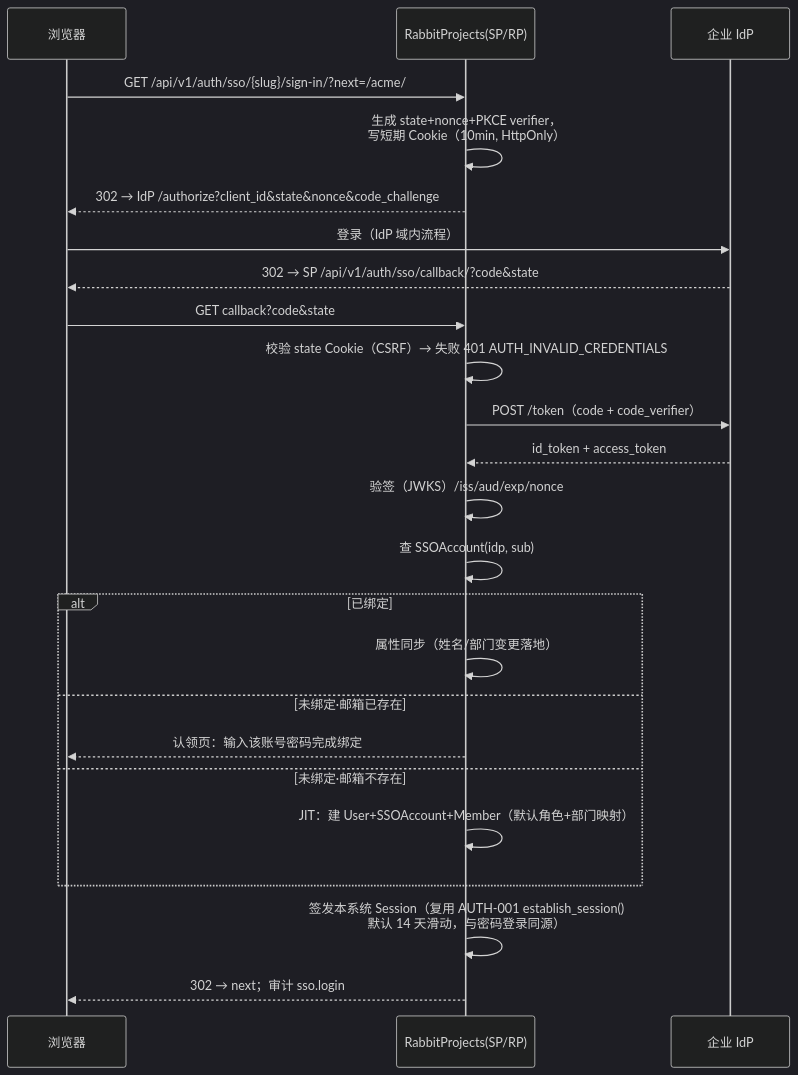
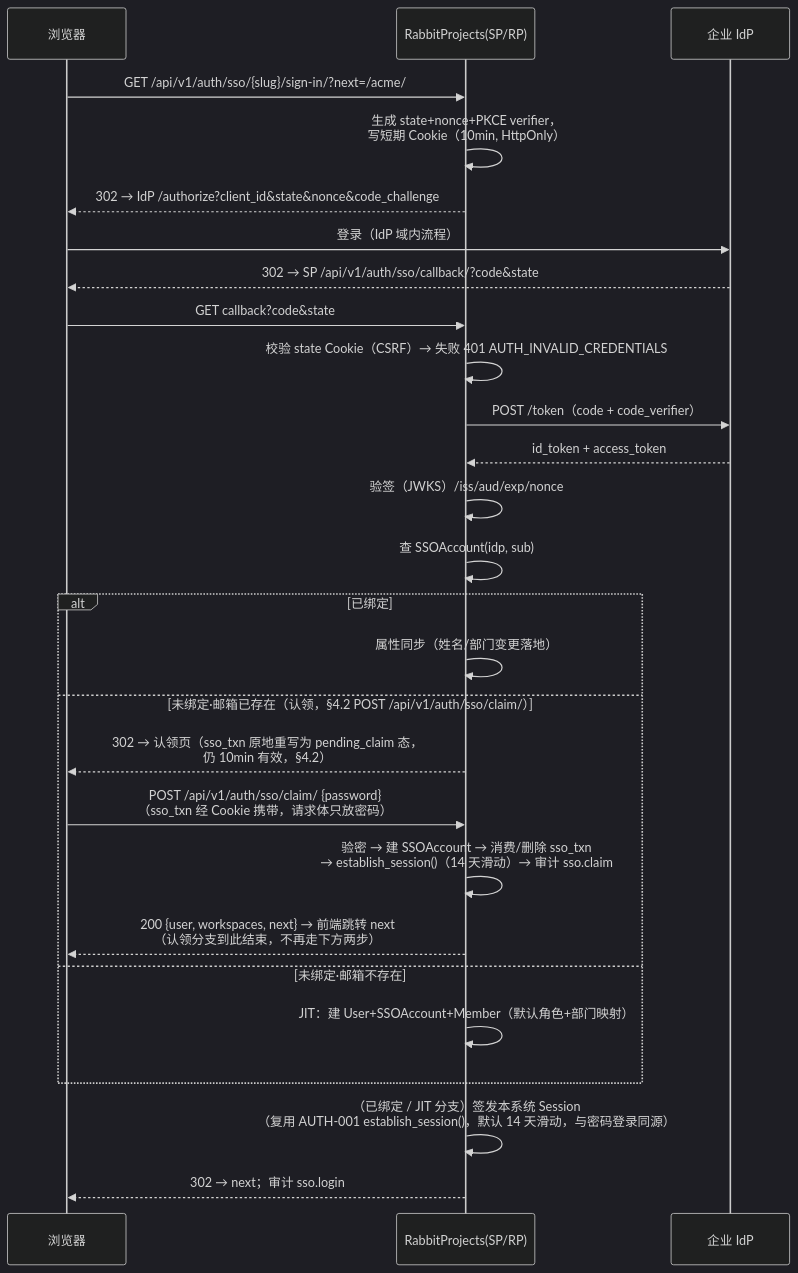
The second of 3 diagrams in docs/sprint-8-enterprise-org/AUTH-009-sso.md (RabbitAI-Lab/RabbitProjects), drawn with Mermaid (dark theme) before and after one commit. The commit also changed other lines of this file and 20 other files, not shown here.

````diff
--- a/docs/sprint-8-enterprise-org/AUTH-009-sso.md
+++ b/docs/sprint-8-enterprise-org/AUTH-009-sso.md
@@ -101,27 +101,30 @@
 ```mermaid
 sequenceDiagram
     participant U as 浏览器
     participant SP as RabbitProjects(SP/RP)
     participant IdP as 企业 IdP
 
     U->>SP: GET /api/v1/auth/sso/{slug}/sign-in/?next=/acme/
     SP->>SP: 生成 state+nonce+PKCE verifier，<br/>写短期 Cookie（10min, HttpOnly）
     SP-->>U: 302 → IdP /authorize?client_id&state&nonce&code_challenge
     U->>IdP: 登录（IdP 域内流程）
     IdP-->>U: 302 → SP /api/v1/auth/sso/callback/?code&state
     U->>SP: GET callback?code&state
     SP->>SP: 校验 state Cookie（CSRF）→ 失败 401 AUTH_INVALID_CREDENTIALS
     SP->>IdP: POST /token（code + code_verifier）
     IdP-->>SP: id_token + access_token
     SP->>SP: 验签（JWKS）/iss/aud/exp/nonce
     SP->>SP: 查 SSOAccount(idp, sub)
     alt 已绑定
         SP->>SP: 属性同步（姓名/部门变更落地）
-    else 未绑定·邮箱已存在
-        SP-->>U: 认领页：输入该账号密码完成绑定
+    else 未绑定·邮箱已存在（认领，§4.2 POST /api/v1/auth/sso/claim/）
+        SP-->>U: 302 → 认领页（sso_txn 原地重写为 pending_claim 态，<br/>仍 10min 有效，§4.2）
+        U->>SP: POST /api/v1/auth/sso/claim/ {password}<br/>（sso_txn 经 Cookie 携带，请求体只放密码）
+        SP->>SP: 验密 → 建 SSOAccount → 消费/删除 sso_txn<br/>→ establish_session()（14 天滑动）→ 审计 sso.claim
+        SP-->>U: 200 {user, workspaces, next} → 前端跳转 next<br/>（认领分支到此结束，不再走下方两步）
     else 未绑定·邮箱不存在
         SP->>SP: JIT：建 User+SSOAccount+Member（默认角色+部门映射）
     end
-    SP->>SP: 签发本系统 Session（复用 AUTH-001 establish_session()<br/>默认 14 天滑动，与密码登录同源）
+    SP->>SP: （已绑定 / JIT 分支）签发本系统 Session<br/>（复用 AUTH-001 establish_session()，默认 14 天滑动，与密码登录同源）
     SP-->>U: 302 → next；审计 sso.login
 ```
````
